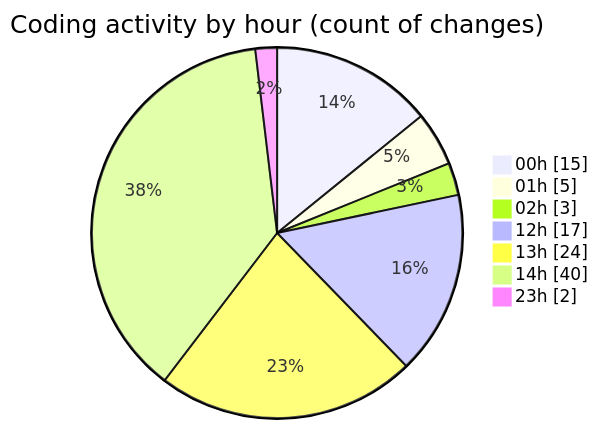
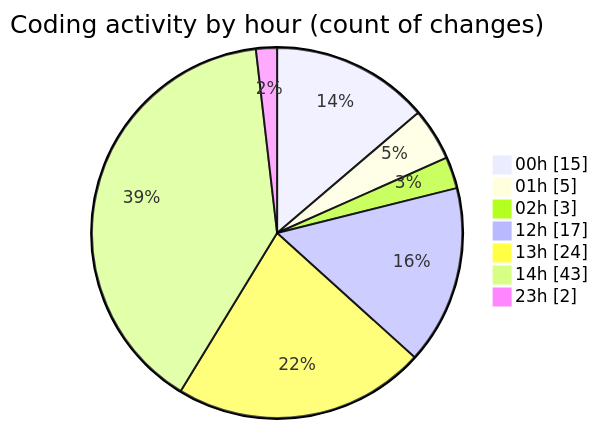
One commit to lephambinh05/code-tracking changed the second of 2 diagrams in 2025-08-13/rentotp/README.md. Above: the diagram before and after it, drawn with Mermaid. The commit also changed other lines of this file and 1 other file, not shown here.

````diff
--- a/2025-08-13/rentotp/README.md
+++ b/2025-08-13/rentotp/README.md
@@ -46,11 +48,11 @@
 ```mermaid
 pie showData
 title Coding activity by hour (count of changes)
 "00h" : 15
 "01h" : 5
 "02h" : 3
 "12h" : 17
 "13h" : 24
-"14h" : 40
+"14h" : 43
 "23h" : 2
 ```
````
